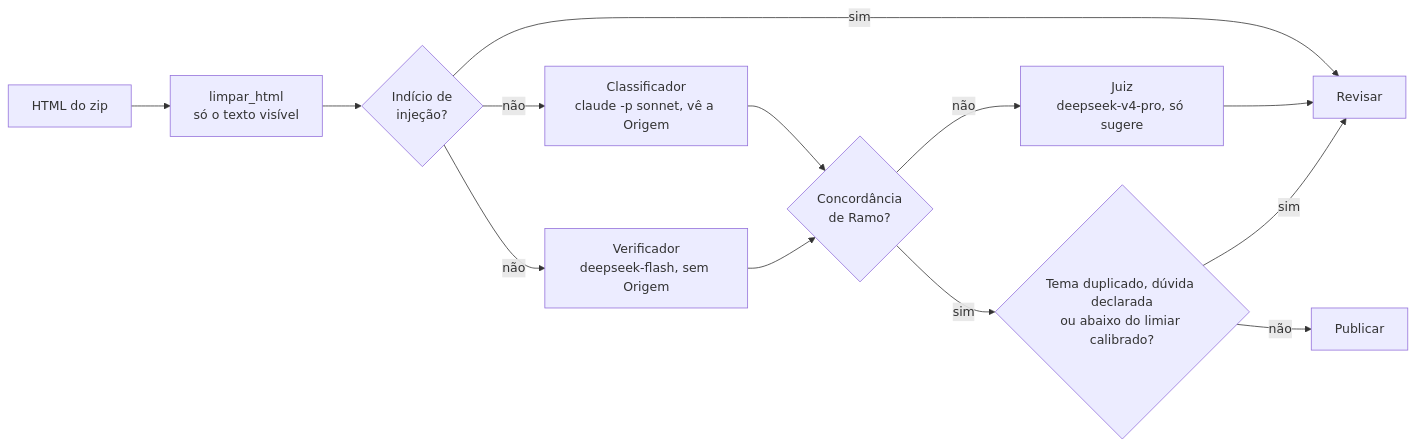
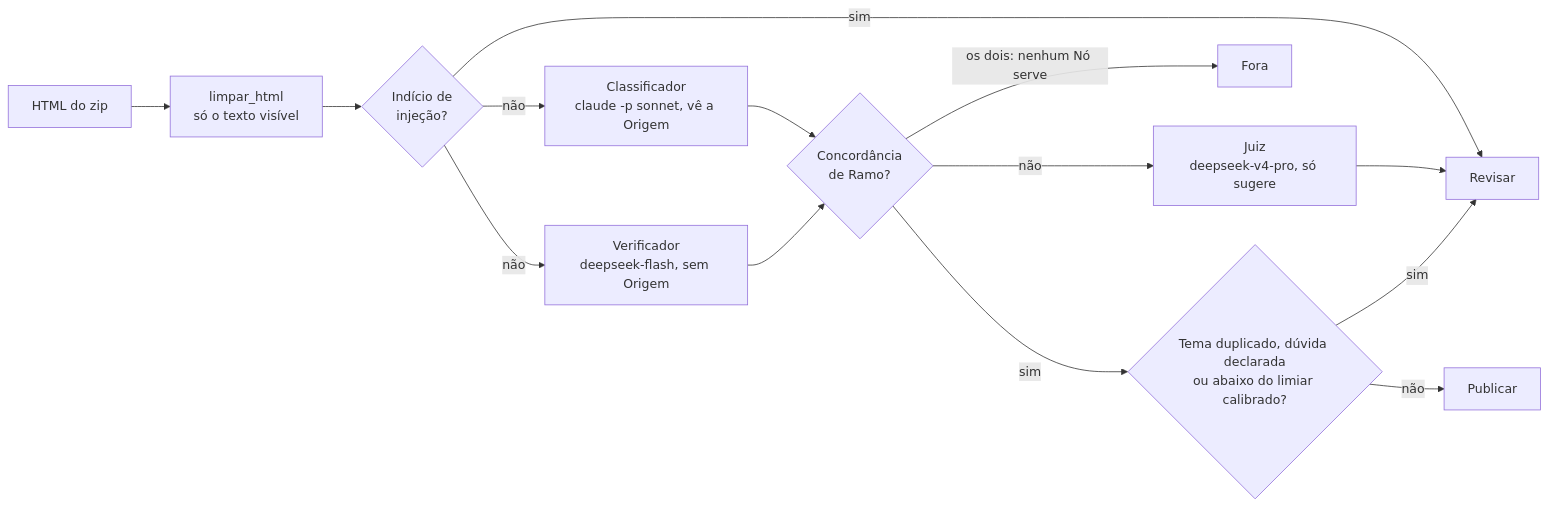
Before and after one commit to edcastanha/case-vicio-ia-poc: the diagram in README.md, drawn with Mermaid. The commit also changed other lines of this file and 2 other files, not shown here.

Commit message:
Diagrama do fluxo com uma fonte só: o site inclui o trecho do README; README ganha a saída Fora

````diff
--- a/README.md
+++ b/README.md
@@ -9,13 +10,14 @@
 ```mermaid
 flowchart LR
     H["HTML do zip"] --> L["limpar_html<br>só o texto visível"]
     L --> I{"Indício de<br>injeção?"}
     I -- "sim" --> R["Revisar"]
     I -- "não" --> C["Classificador<br>claude -p sonnet, vê a Origem"]
     I -- "não" --> V["Verificador<br>deepseek-flash, sem Origem"]
     C & V --> K{"Concordância<br>de Ramo?"}
     K -- "não" --> J["Juiz<br>deepseek-v4-pro, só sugere"] --> R
+    K -- "os dois: nenhum Nó serve" --> F["Fora"]
     K -- "sim" --> D{"Tema duplicado, dúvida declarada<br>ou abaixo do limiar calibrado?"}
     D -- "sim" --> R
     D -- "não" --> P["Publicar"]
 ```
````
